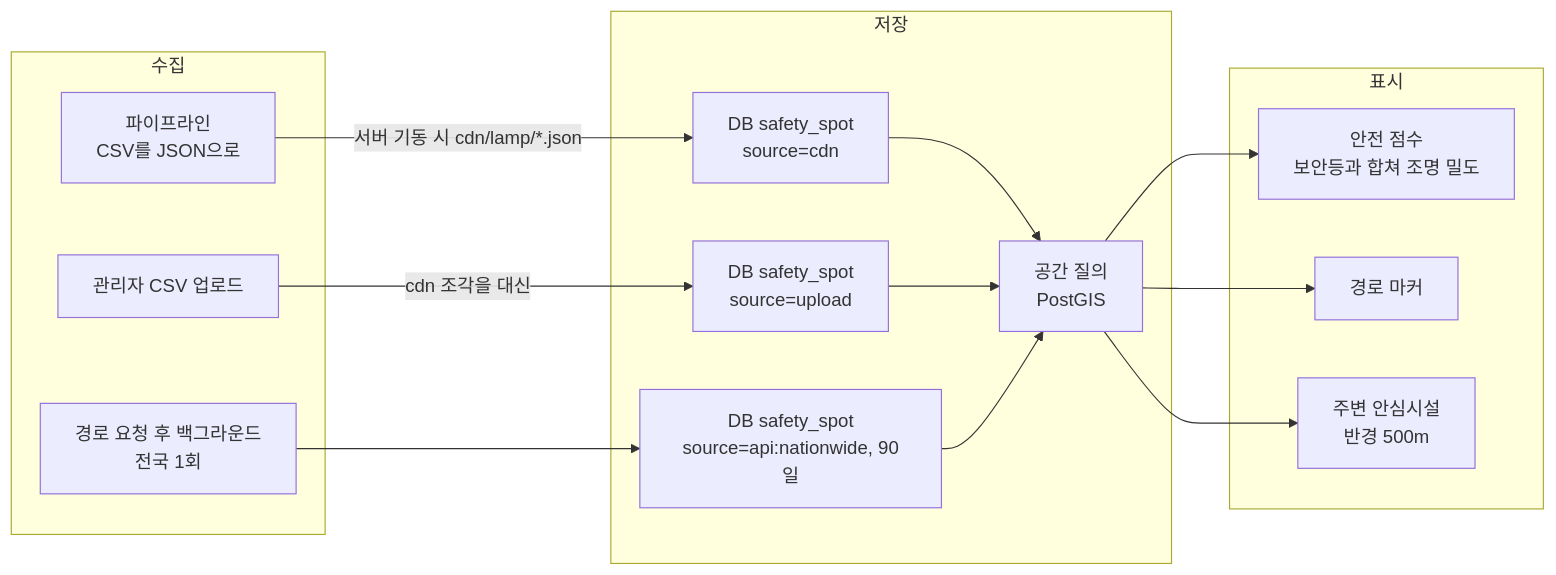
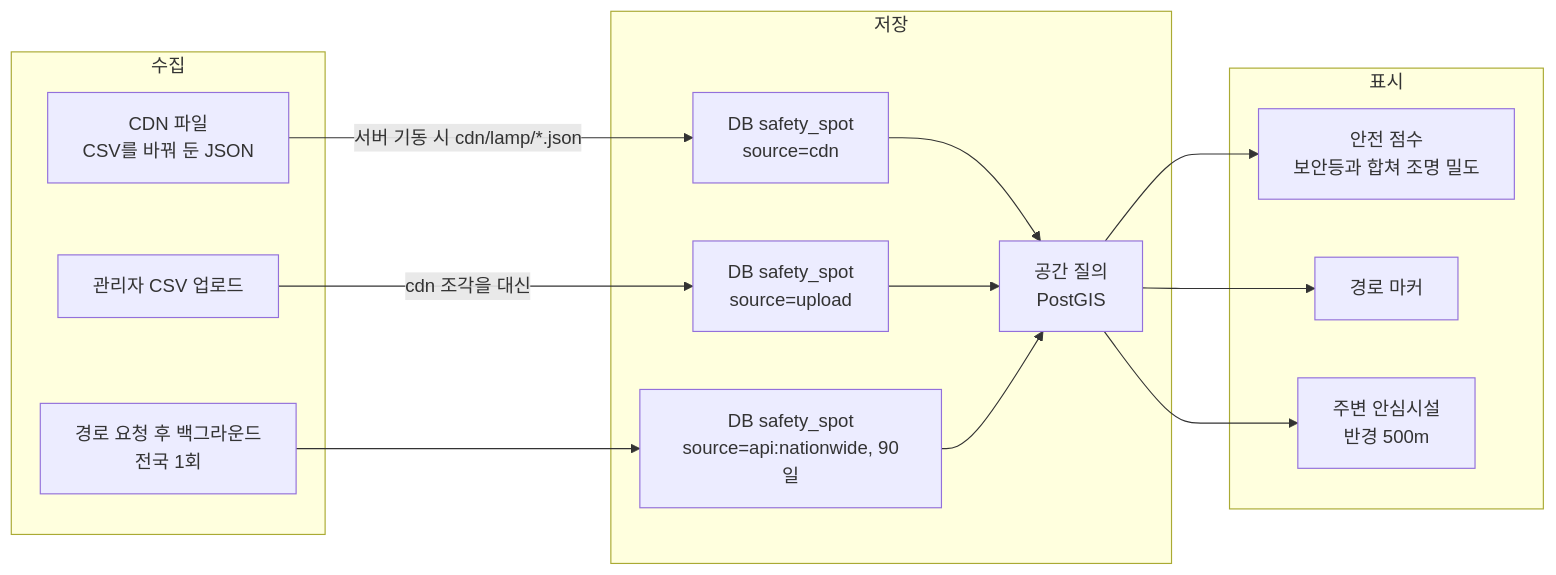
Before and after one commit to soo-ai-agent/bueongi-backend: the diagram in docs/safety-spots/street-lamp.md, drawn with Mermaid. The commit also changed other lines of this file and 59 other files, not shown here.

````diff
--- a/docs/safety-spots/street-lamp.md
+++ b/docs/safety-spots/street-lamp.md
@@ -35,28 +40,28 @@
 ```mermaid
 flowchart LR
     subgraph 수집
-        A1["파이프라인<br/>CSV를 JSON으로"]
+        A1["CDN 파일<br/>CSV를 바꿔 둔 JSON"]
         A2["경로 요청 후 백그라운드<br/>전국 1회"]
         A3["관리자 CSV 업로드"]
     end
     subgraph 저장
         B1["DB safety_spot<br/>source=cdn"]
         B2["DB safety_spot<br/>source=api:nationwide, 90일"]
         B3["DB safety_spot<br/>source=upload"]
         C["공간 질의<br/>PostGIS"]
     end
     subgraph 표시
         E1["안전 점수<br/>보안등과 합쳐 조명 밀도"]
         E2["경로 마커"]
         E3["주변 안심시설<br/>반경 500m"]
     end
     A1 -->|"서버 기동 시 cdn/lamp/*.json"| B1
     A2 --> B2
     A3 -->|"cdn 조각을 대신"| B3
     B1 --> C
     B3 --> C
     B2 --> C
     C --> E1
     C --> E2
     C --> E3
 ```
````
